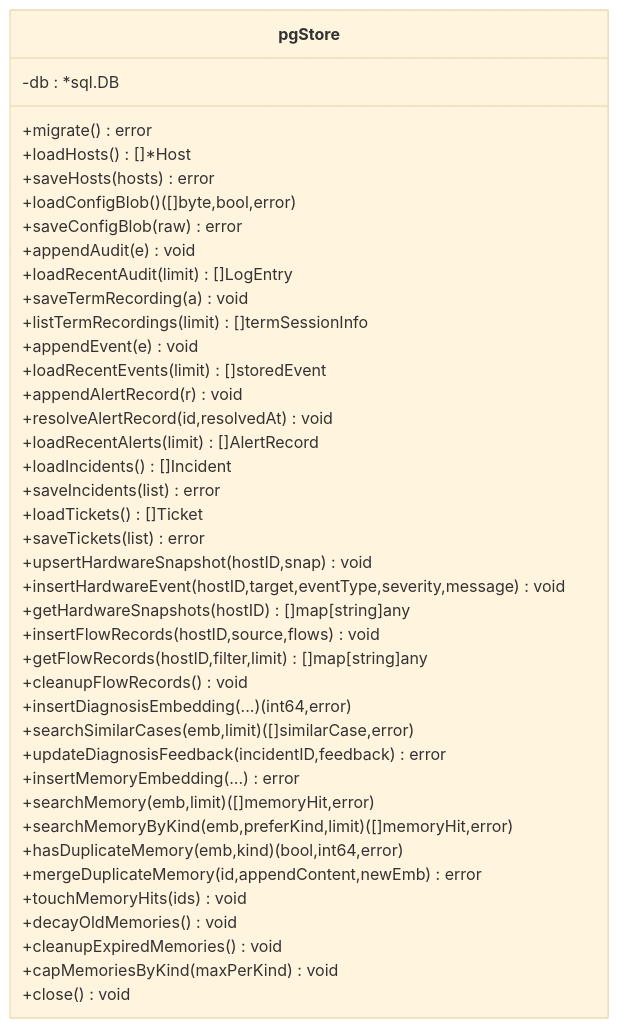
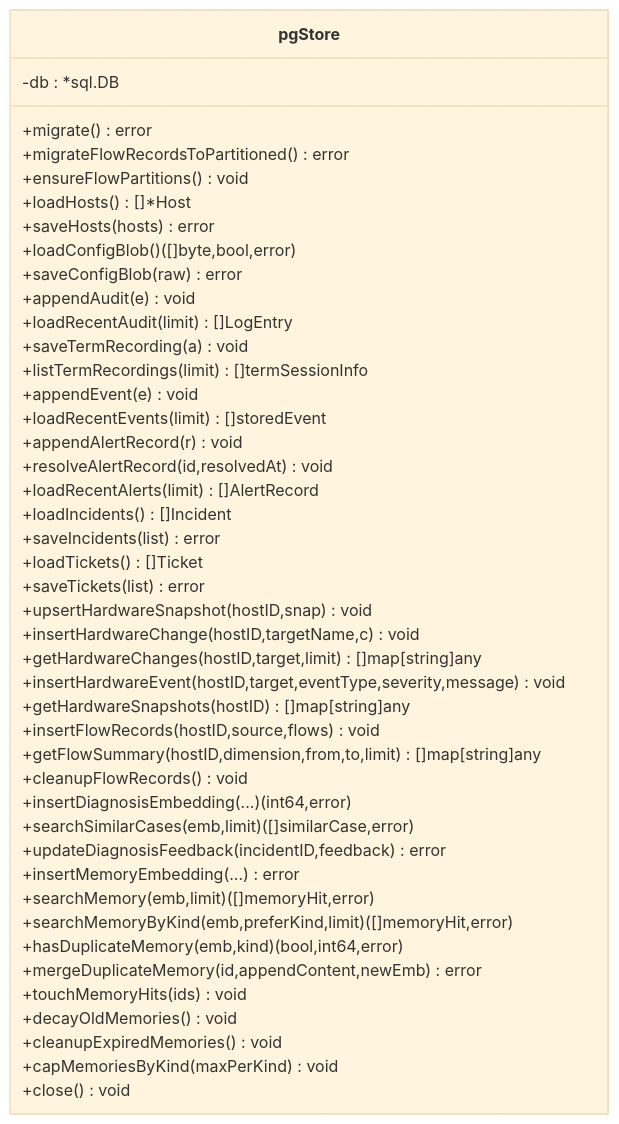
Before and after one commit to sreyun/aiops-monitor: the third of 8 diagrams in .qoder/repowiki/zh/content/架构设计/服务端架构/存储层架构/PostgreSQL 持久化集成.md, drawn with Mermaid (base theme). The commit also changed other lines of this file and 41 other files, not shown here.

````diff
--- a/.qoder/repowiki/zh/content/架构设计/服务端架构/存储层架构/PostgreSQL 持久化集成.md
+++ b/.qoder/repowiki/zh/content/架构设计/服务端架构/存储层架构/PostgreSQL 持久化集成.md
@@ -175,43 +206,47 @@
 ```mermaid
 classDiagram
 class pgStore {
 -db : *sql.DB
 +migrate() error
++migrateFlowRecordsToPartitioned() error
++ensureFlowPartitions() void
 +loadHosts() []*Host
 +saveHosts(hosts) error
 +loadConfigBlob() ([]byte,bool,error)
 +saveConfigBlob(raw) error
 +appendAudit(e) void
 +loadRecentAudit(limit) []LogEntry
 +saveTermRecording(a) void
 +listTermRecordings(limit) []termSessionInfo
 +appendEvent(e) void
 +loadRecentEvents(limit) []storedEvent
 +appendAlertRecord(r) void
 +resolveAlertRecord(id,resolvedAt) void
 +loadRecentAlerts(limit) []AlertRecord
 +loadIncidents() []Incident
 +saveIncidents(list) error
 +loadTickets() []Ticket
 +saveTickets(list) error
 +upsertHardwareSnapshot(hostID,snap) void
++insertHardwareChange(hostID,targetName,c) void
++getHardwareChanges(hostID,target,limit) []map[string]any
 +insertHardwareEvent(hostID,target,eventType,severity,message) void
 +getHardwareSnapshots(hostID) []map[string]any
 +insertFlowRecords(hostID,source,flows) void
-+getFlowRecords(hostID,filter,limit) []map[string]any
++getFlowSummary(hostID,dimension,from,to,limit) []map[string]any
 +cleanupFlowRecords() void
 +insertDiagnosisEmbedding(...) (int64,error)
 +searchSimilarCases(emb,limit) ([]similarCase,error)
 +updateDiagnosisFeedback(incidentID,feedback) error
 +insertMemoryEmbedding(...) error
 +searchMemory(emb,limit) ([]memoryHit,error)
 +searchMemoryByKind(emb,preferKind,limit) ([]memoryHit,error)
 +hasDuplicateMemory(emb,kind) (bool,int64,error)
 +mergeDuplicateMemory(id,appendContent,newEmb) error
 +touchMemoryHits(ids) void
 +decayOldMemories() void
 +cleanupExpiredMemories() void
 +capMemoriesByKind(maxPerKind) void
 +close() void
 }
 ```
````
